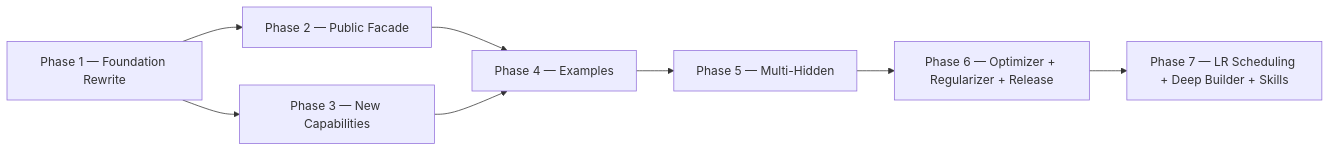
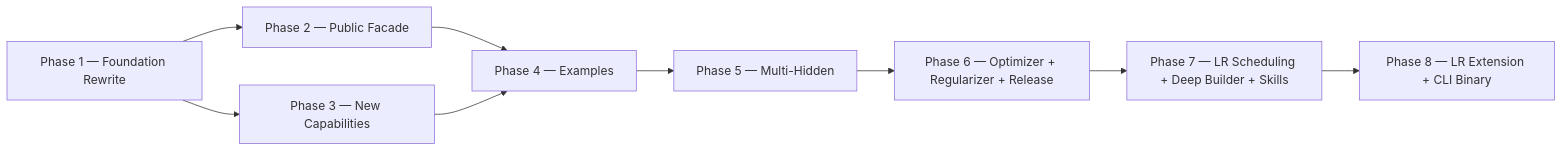
One commit to teratron/gonn changed the diagram in .design/PLAN.md. Above: the diagram before and after it, drawn with Mermaid. The commit also changed other lines of this file and 4 other files, not shown here.

First line of the commit message:
docs(plan): scope Phase 8 — LR extension + CLI binary (v0.7.0)

````diff
--- a/.design/PLAN.md
+++ b/.design/PLAN.md
@@ -151,10 +168,11 @@
 ```mermaid
 graph LR
   A1[Phase 1 — Foundation Rewrite] --> B1[Phase 2 — Public Facade]
   A1 --> C1[Phase 3 — New Capabilities]
   B1 --> D1[Phase 4 — Examples]
   C1 --> D1
   D1 --> E1[Phase 5 — Multi-Hidden]
   E1 --> F1[Phase 6 — Optimizer + Regularizer + Release]
   F1 --> G1[Phase 7 — LR Scheduling + Deep Builder + Skills]
+  G1 --> H1[Phase 8 — LR Extension + CLI Binary]
 ```
````
